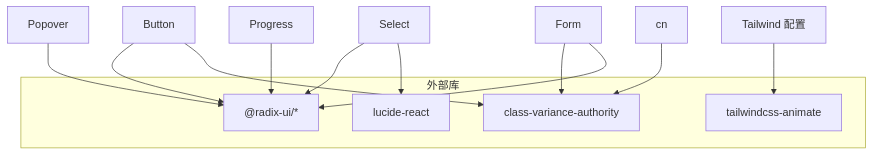
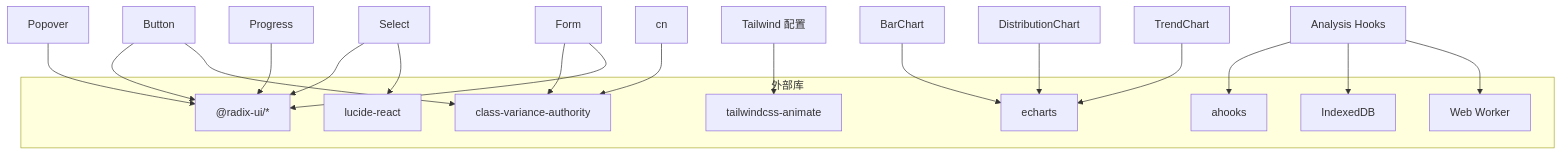
One commit to RadiumAg/bilibili-favorites changed the seventh of 7 diagrams in .qoder/repowiki/zh/content/UI组件系统/UI组件系统.md. Above: the diagram before and after it, drawn with Mermaid. The commit also changed other lines of this file and 4 other files, not shown here.

Commit message:
docs: add chart component docs and update metadata

````diff
--- a/.qoder/repowiki/zh/content/UI组件系统/UI组件系统.md
+++ b/.qoder/repowiki/zh/content/UI组件系统/UI组件系统.md
@@ -477,19 +574,29 @@
 ```mermaid
 graph TB
 subgraph "外部库"
 RUI["@radix-ui/*"]
 CVA["class-variance-authority"]
 LUCIDE["lucide-react"]
 ANI["tailwindcss-animate"]
+ECHARTS["echarts"]
+AHOOKS["ahooks"]
+IDB["IndexedDB"]
+WORKER["Web Worker"]
 end
 Btn["Button"] --> RUI
 Btn --> CVA
 Sel["Select"] --> RUI
 Sel --> LUCIDE
 Pop["Popover"] --> RUI
 Prog["Progress"] --> RUI
 Form["Form"] --> CVA
 Form --> RUI
 Utils["cn"] --> CVA
 TW["Tailwind 配置"] --> ANI
+BarChart["BarChart"] --> ECHARTS
+DistributionChart["DistributionChart"] --> ECHARTS
+TrendChart["TrendChart"] --> ECHARTS
+AnalysisHooks["Analysis Hooks"] --> AHOOKS
+AnalysisHooks --> IDB
+AnalysisHooks --> WORKER
 ```
````
